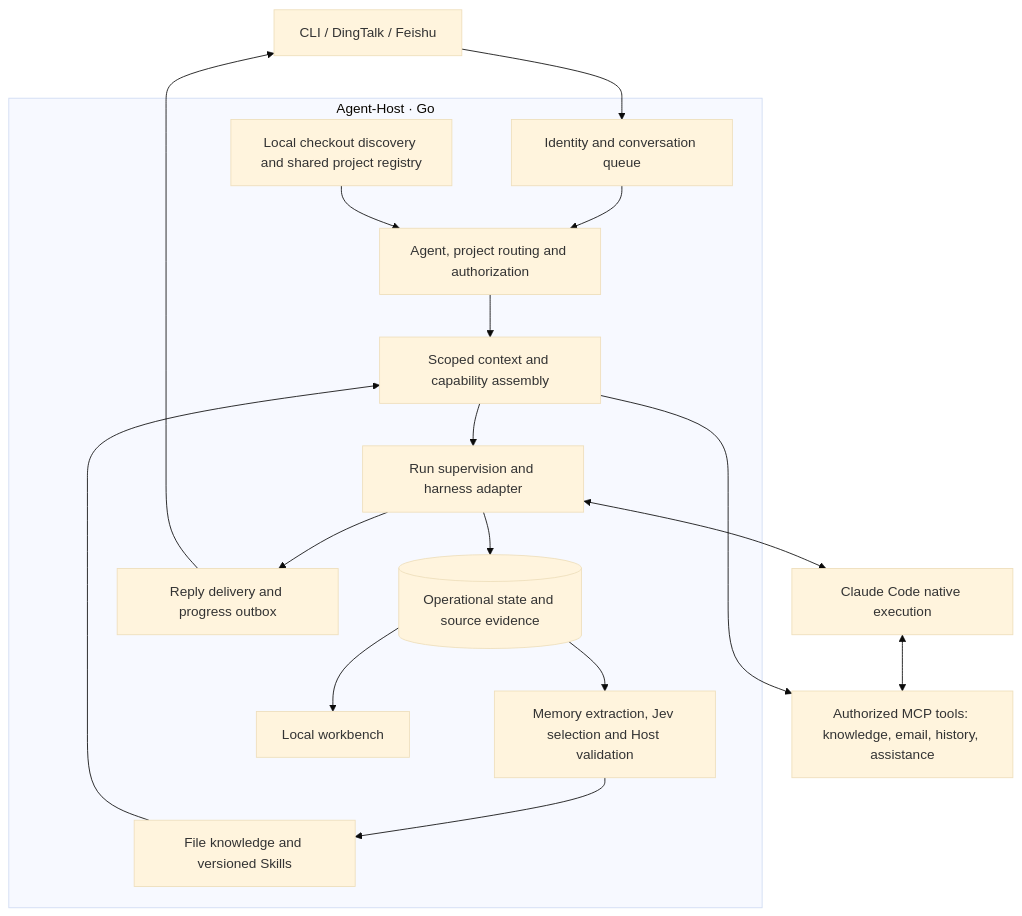
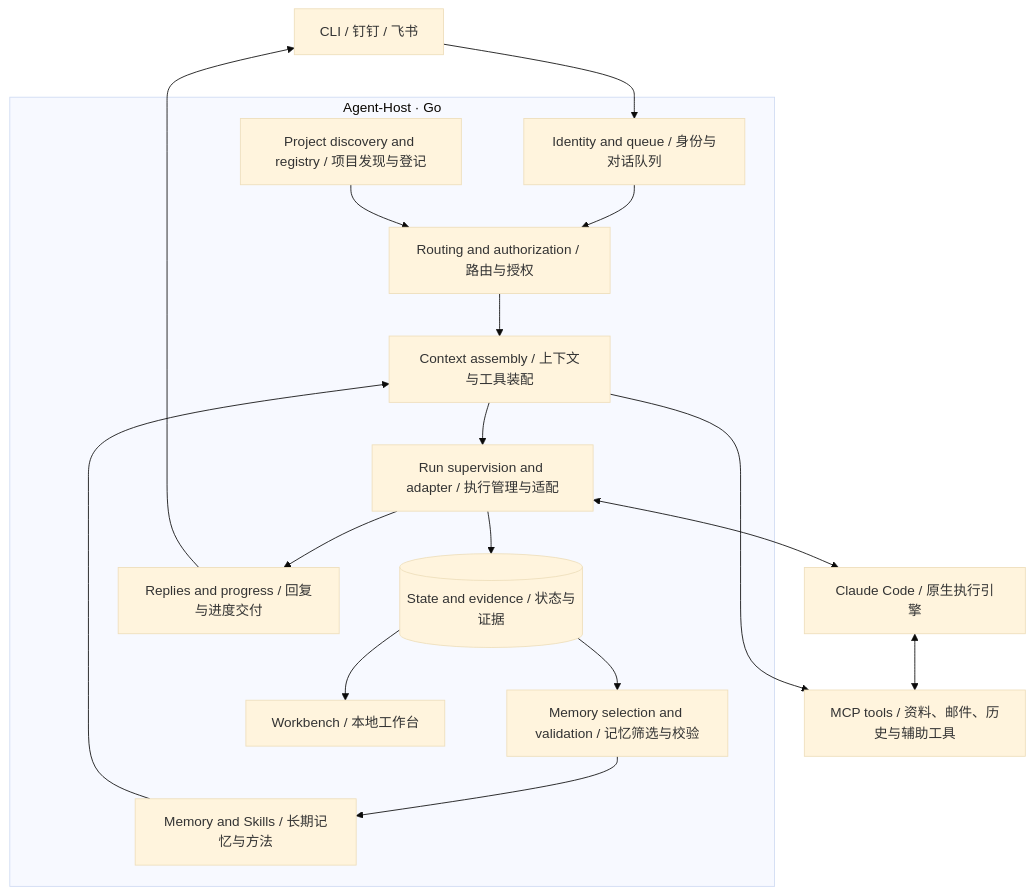
Before and after one commit to zhoushoujianwork/Agent-Host: the diagram in docs/architecture.md, drawn with Mermaid (base theme). The commit also changed other lines of this file and 2 other files, not shown here.

Commit message:
docs: explain architecture objects with bilingual definitions

````diff
--- a/docs/architecture.md
+++ b/docs/architecture.md
@@ -21,20 +56,20 @@
 ```mermaid
 flowchart TD
-    U[CLI / DingTalk / Feishu] --> C[Identity and conversation queue]
+    U[CLI / 钉钉 / 飞书] --> C[Identity and queue / 身份与对话队列]
     subgraph Host[Agent-Host · Go]
-        C --> R[Agent, project routing and authorization]
-        P[Local checkout discovery and shared project registry] --> R
-        R --> A[Scoped context and capability assembly]
-        K[File knowledge and versioned Skills] --> A
-        A --> H[Run supervision and harness adapter]
-        H --> E[(Operational state and source evidence)]
-        E --> M[Memory extraction, Jev selection and Host validation]
+        C --> R[Routing and authorization / 路由与授权]
+        P[Project discovery and registry / 项目发现与登记] --> R
+        R --> A[Context assembly / 上下文与工具装配]
+        K[Memory and Skills / 长期记忆与方法] --> A
+        A --> H[Run supervision and adapter / 执行管理与适配]
+        H --> E[(State and evidence / 状态与证据)]
+        E --> M[Memory selection and validation / 记忆筛选与校验]
         M --> K
-        H --> D[Reply delivery and progress outbox]
-        E --> V[Local workbench]
+        H --> D[Replies and progress / 回复与进度交付]
+        E --> V[Workbench / 本地工作台]
     end
-    H <--> N[Claude Code native execution]
-    A --> T[Authorized MCP tools: knowledge, email, history, assistance]
+    H <--> N[Claude Code / 原生执行引擎]
+    A --> T[MCP tools / 资料、邮件、历史与辅助工具]
     N <--> T
     D --> U
 ```
````
